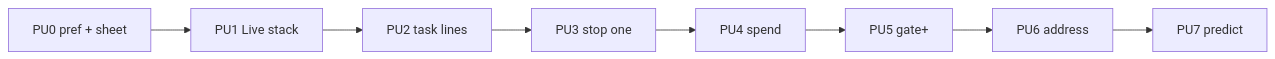
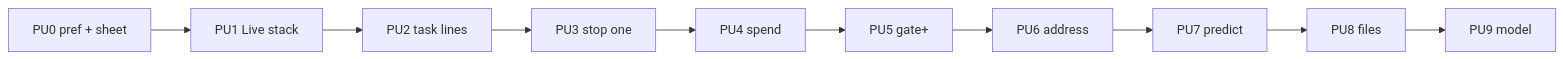
One commit to hhalperin/cline-drivecode changed the diagram in docs/drivecode/plans/cline-drivemode/initiatives/mobile-consumer/ROADMAP.md. Above: the diagram before and after it, drawn with Mermaid. The commit also changed other lines of this file and 17 other files, not shown here.

````diff
--- a/docs/drivecode/plans/cline-drivemode/initiatives/mobile-consumer/ROADMAP.md
+++ b/docs/drivecode/plans/cline-drivemode/initiatives/mobile-consumer/ROADMAP.md
@@ -14,10 +14,12 @@
 ```mermaid
 flowchart LR
   PU0[PU0 pref + sheet] --> PU1[PU1 Live stack]
   PU1 --> PU2[PU2 task lines]
   PU2 --> PU3[PU3 stop one]
   PU3 --> PU4[PU4 spend]
   PU4 --> PU5[PU5 gate+]
   PU5 --> PU6[PU6 address]
   PU6 --> PU7[PU7 predict]
+  PU7 --> PU8[PU8 files]
+  PU8 --> PU9[PU9 model]
 ```
````
